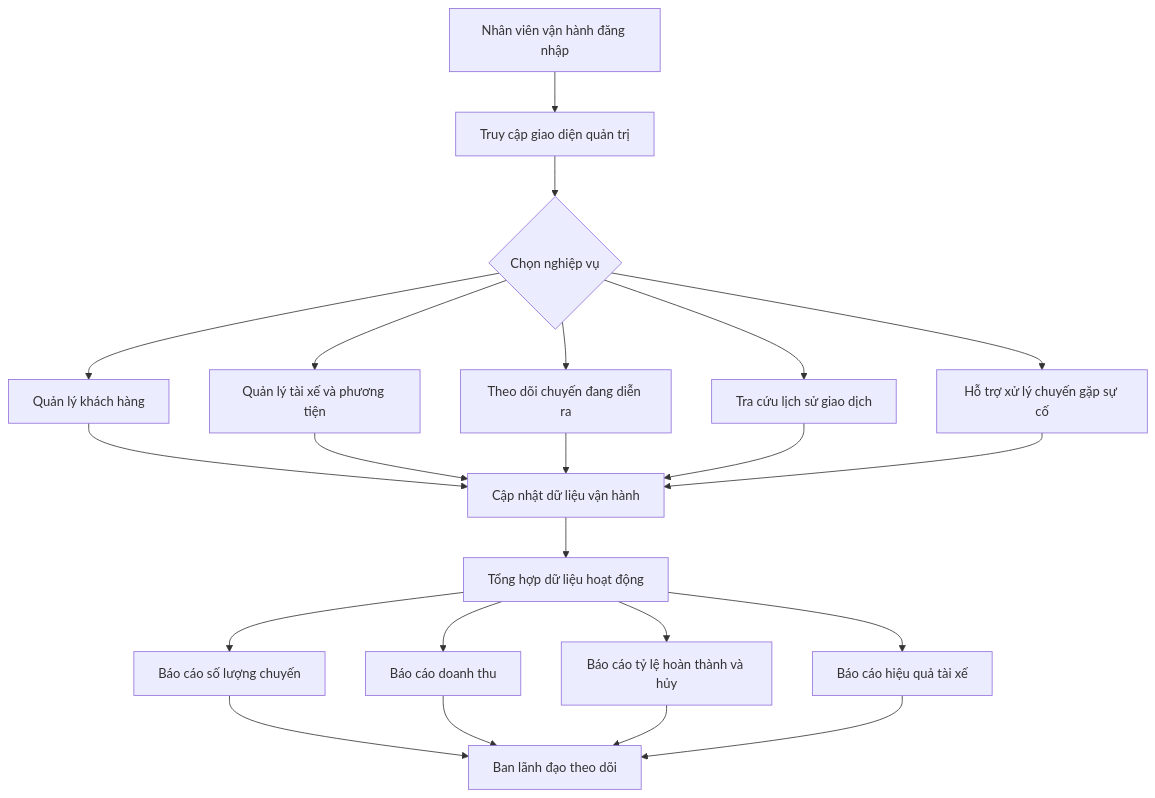
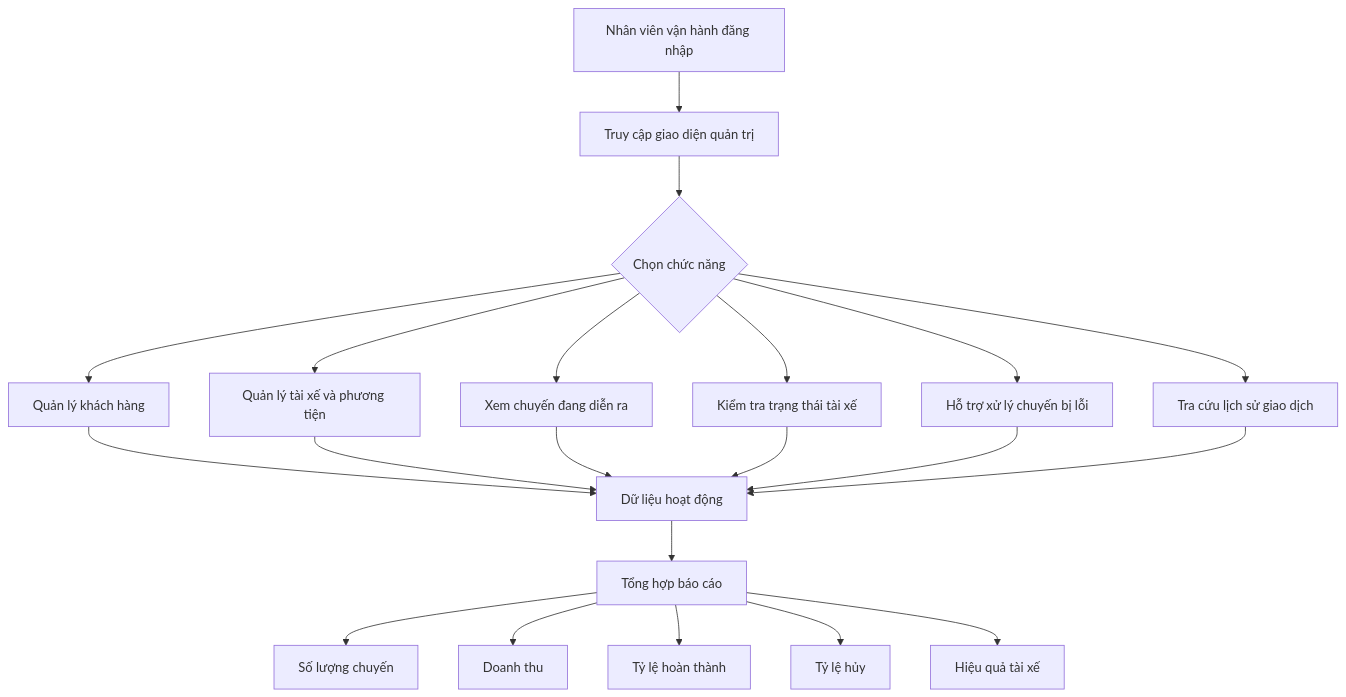
The fourth of 4 diagrams in srs.md (ngoclinh090608-wq/23707801_Nguyen-Thi-Ngoc-Linh_CABSYSTEM), drawn with Mermaid before and after one commit. The commit also changed other lines of this file, not shown here.

````diff
--- a/srs.md
+++ b/srs.md
@@ -218,30 +187,28 @@
 ```mermaid
 flowchart TD
     A[Nhân viên vận hành đăng nhập] --> B[Truy cập giao diện quản trị]
 
-    B --> C{Chọn nghiệp vụ}
+    B --> C{Chọn chức năng}
 
     C --> D[Quản lý khách hàng]
     C --> E[Quản lý tài xế và phương tiện]
-    C --> F[Theo dõi chuyến đang diễn ra]
-    C --> G[Tra cứu lịch sử giao dịch]
-    C --> H[Hỗ trợ xử lý chuyến gặp sự cố]
+    C --> F[Xem chuyến đang diễn ra]
+    C --> G[Kiểm tra trạng thái tài xế]
+    C --> H[Hỗ trợ xử lý chuyến bị lỗi]
+    C --> I[Tra cứu lịch sử giao dịch]
 
-    D --> I[Cập nhật dữ liệu vận hành]
-    E --> I
-    F --> I
-    G --> I
-    H --> I
+    D --> J[Dữ liệu hoạt động]
+    E --> J
+    F --> J
+    G --> J
+    H --> J
+    I --> J
 
-    I --> J[Tổng hợp dữ liệu hoạt động]
+    J --> K[Tổng hợp báo cáo]
 
-    J --> K[Báo cáo số lượng chuyến]
-    J --> L[Báo cáo doanh thu]
-    J --> M[Báo cáo tỷ lệ hoàn thành và hủy]
-    J --> N[Báo cáo hiệu quả tài xế]
-
-    K --> O[Ban lãnh đạo theo dõi]
-    L --> O
-    M --> O
-    N --> O
+    K --> L[Số lượng chuyến]
+    K --> M[Doanh thu]
+    K --> N[Tỷ lệ hoàn thành]
+    K --> O[Tỷ lệ hủy]
+    K --> P[Hiệu quả tài xế]
 ```
````
